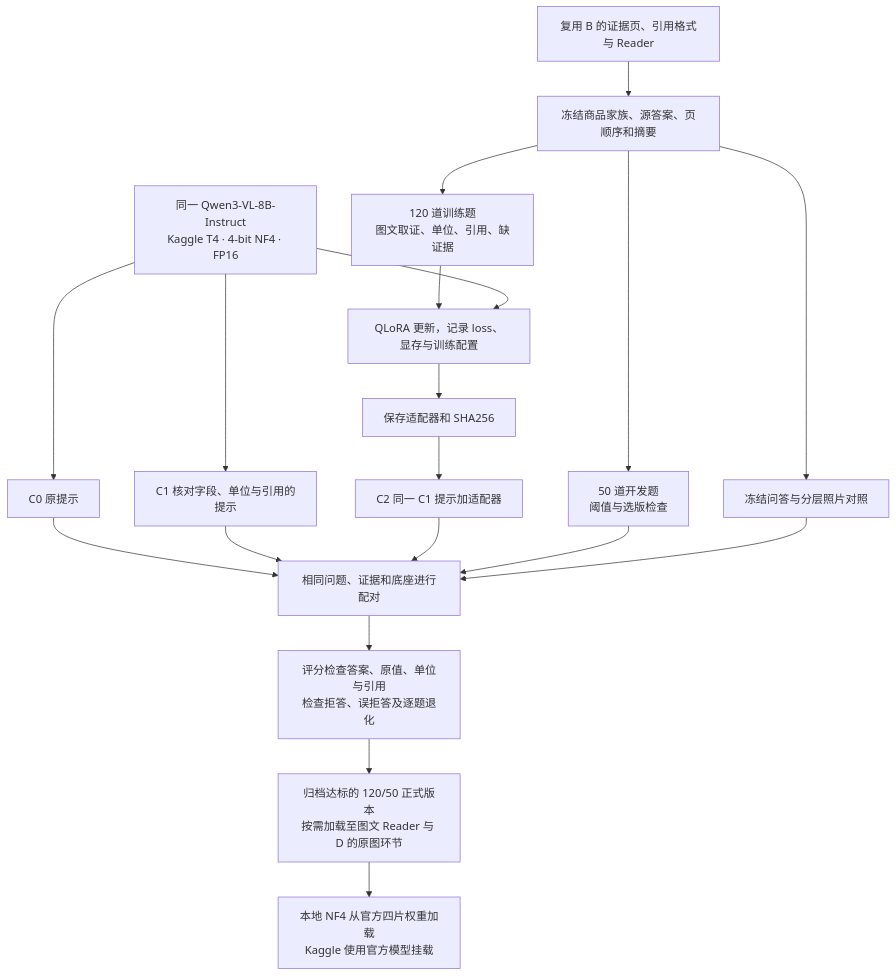
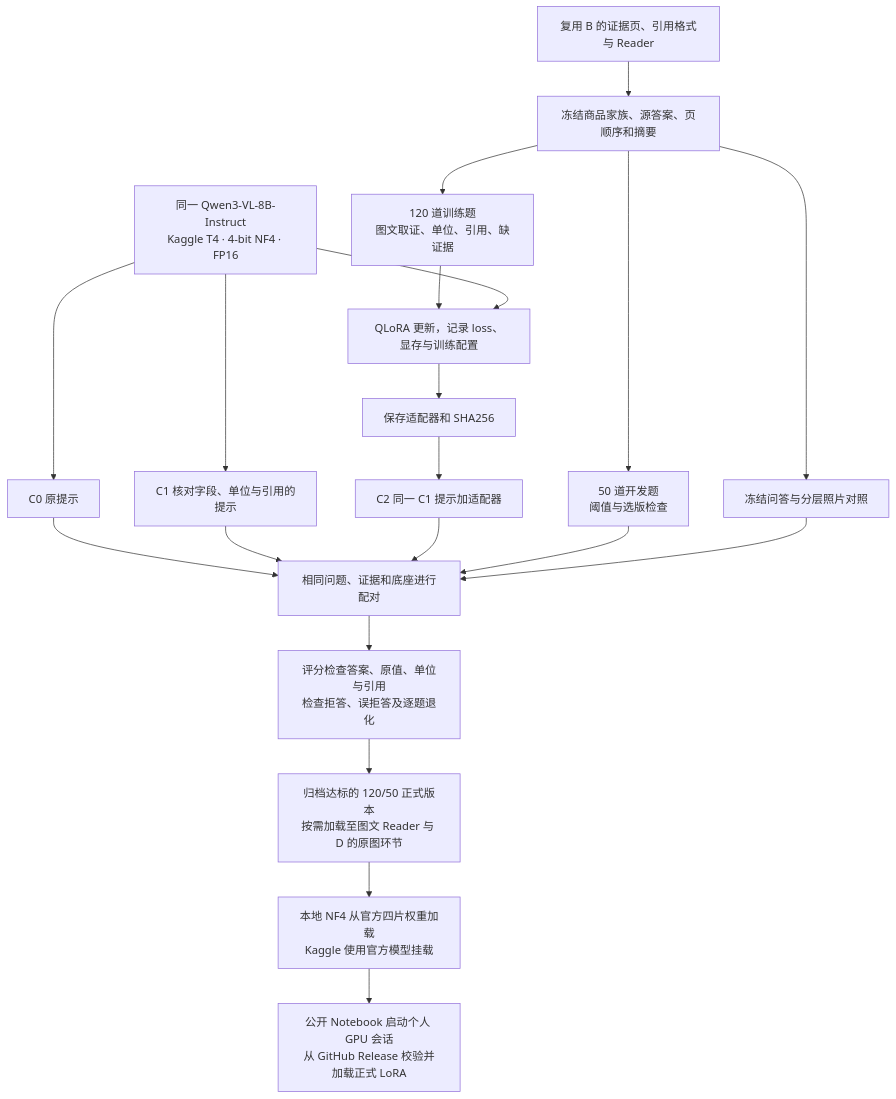
The third of 4 diagrams in docs/A-D阶段流程.md (AaronYue77/ABO-Adaptive-RAG), drawn with Mermaid before and after one commit. The commit also changed 4 other files, not shown here.

Commit message:
Link the public self-service Kaggle 8B notebook

````diff
--- a/docs/A-D阶段流程.md
+++ b/docs/A-D阶段流程.md
@@ -79,21 +79,22 @@
 ```mermaid
 flowchart TD
     evidence["复用 B 的证据页、引用格式与 Reader"] --> frozen["冻结商品家族、源答案、页顺序和摘要"]
     frozen --> train["120 道训练题<br/>图文取证、单位、引用、缺证据"]
     frozen --> dev["50 道开发题<br/>阈值与选版检查"]
     frozen --> suite["冻结问答与分层照片对照"]
     model["同一 Qwen3-VL-8B-Instruct<br/>Kaggle T4 · 4-bit NF4 · FP16"] --> base["C0 原提示"]
     model --> prompted["C1 核对字段、单位与引用的提示"]
     train --> finetune["QLoRA 更新，记录 loss、显存与训练配置"]
     model --> finetune
     finetune --> adapter["保存适配器和 SHA256"]
     adapter --> adapted["C2 同一 C1 提示加适配器"]
     base --> paired["相同问题、证据和底座进行配对"]
     prompted --> paired
     adapted --> paired
     dev --> paired
     suite --> paired
     paired --> score["评分检查答案、原值、单位与引用<br/>检查拒答、误拒答及逐题退化"]
     score --> publish["归档达标的 120/50 正式版本<br/>按需加载至图文 Reader 与 D 的原图环节"]
     publish --> runtime["本地 NF4 从官方四片权重加载<br/>Kaggle 使用官方模型挂载"]
+    runtime --> public["公开 Notebook 启动个人 GPU 会话<br/>从 GitHub Release 校验并加载正式 LoRA"]
 ```
````
